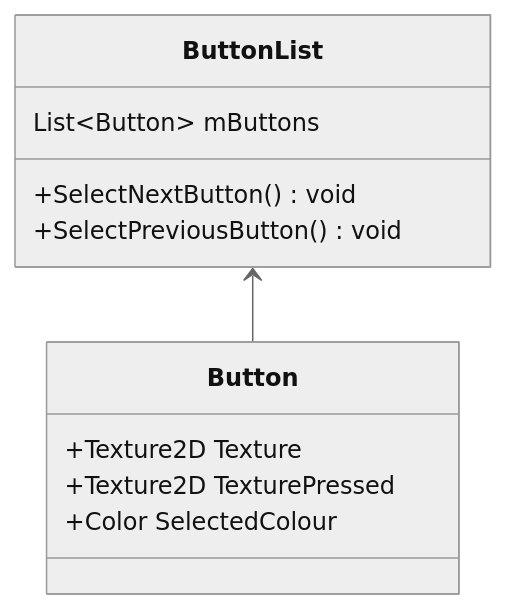
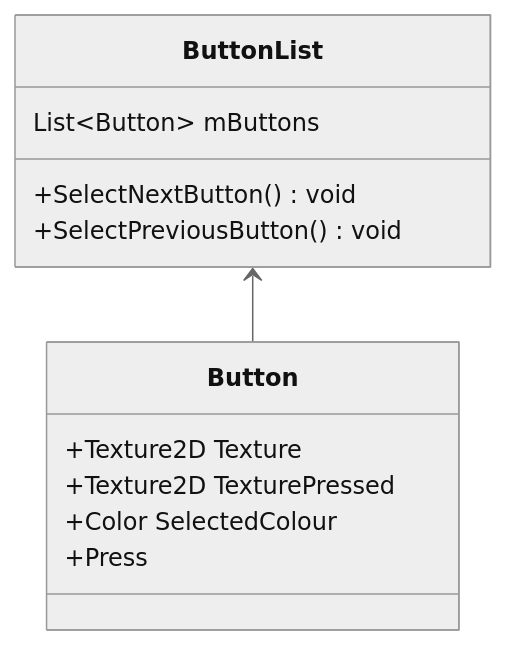
Before and after one commit to Spoingus/TroublesomeTanks_CDP: the second of 2 diagrams in README.md, drawn with Mermaid (neutral theme).

````diff
--- a/README.md
+++ b/README.md
@@ -42,15 +42,16 @@
 ```mermaid
 classDiagram
     ButtonList <-- Button
     class ButtonList{
         List~Button~ mButtons
         +SelectNextButton() void
         +SelectPreviousButton() void
     }
     class Button{
         +Texture2D Texture
         +Texture2D TexturePressed
         +Color SelectedColour
+        +Press
     }
    
 ```
````
